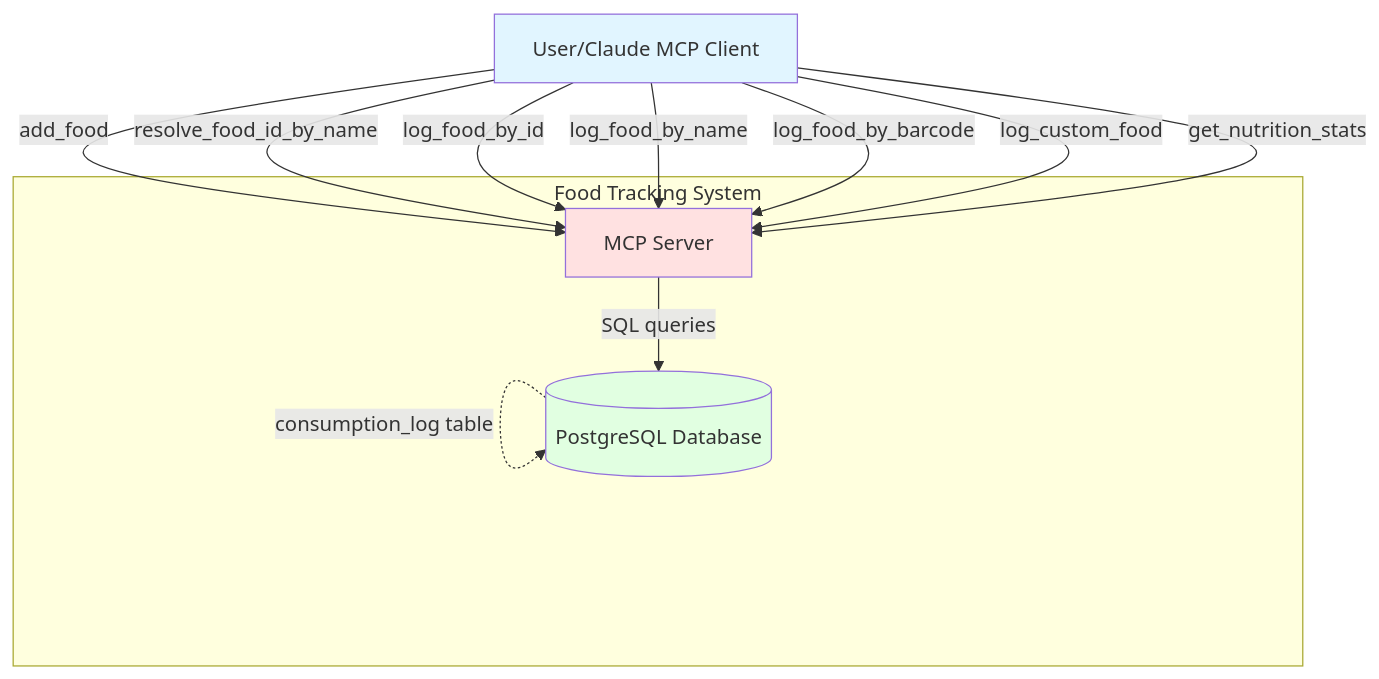
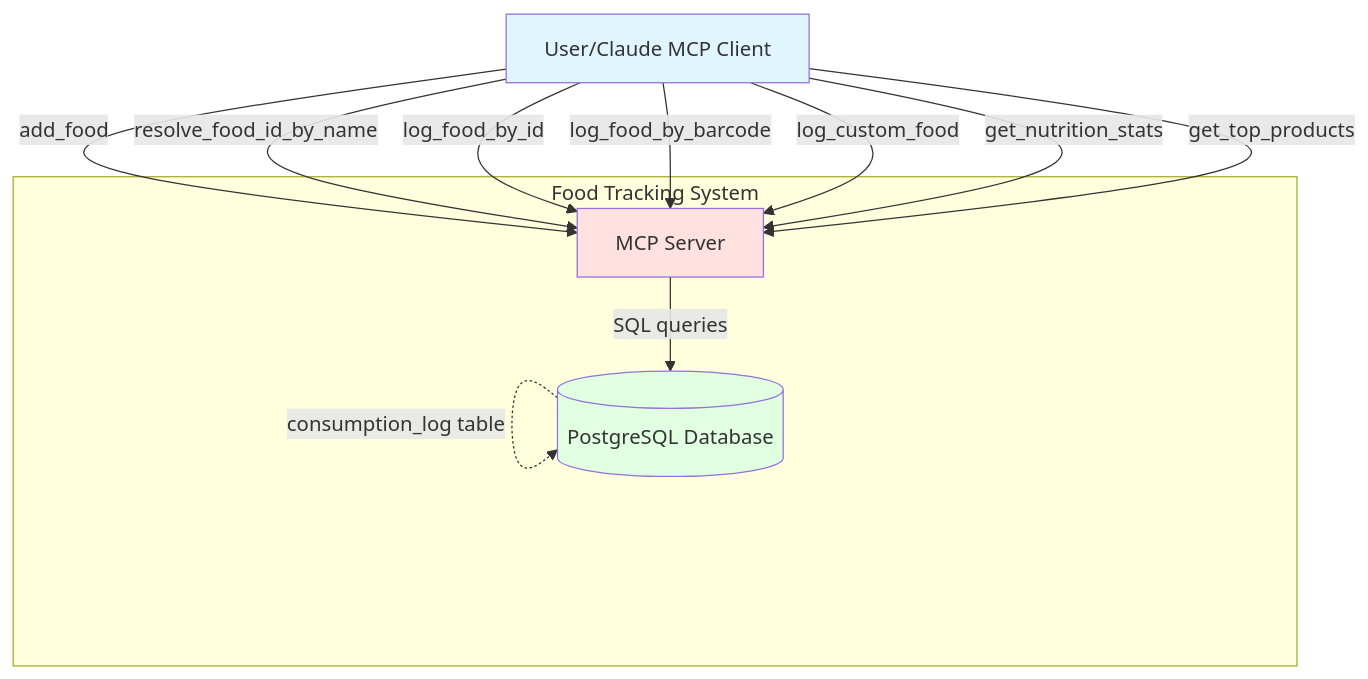
Before and after one commit to rusinikita/personal: the second of 5 diagrams in docs/functions/food-spec.md, drawn with Mermaid. The commit also changed other lines of this file and 120 other files, not shown here.

````diff
--- a/docs/functions/food-spec.md
+++ b/docs/functions/food-spec.md
@@ -62,26 +62,26 @@
 ```mermaid
 graph TB
     User[User/Claude MCP Client]
 
     subgraph "Food Tracking System"
         MCP[MCP Server]
         DB[(PostgreSQL Database)]
 
         MCP -->|SQL queries| DB
     end
 
     User -->|add_food| MCP
     User -->|resolve_food_id_by_name| MCP
     User -->|log_food_by_id| MCP
-    User -->|log_food_by_name| MCP
     User -->|log_food_by_barcode| MCP
     User -->|log_custom_food| MCP
     User -->|get_nutrition_stats| MCP
+    User -->|get_top_products| MCP
 
     DB -.->|food table| DB
     DB -.->|consumption_log table| DB
 
     style User fill:#e1f5ff
     style MCP fill:#ffe1e1
     style DB fill:#e1ffe1
 ```
````
